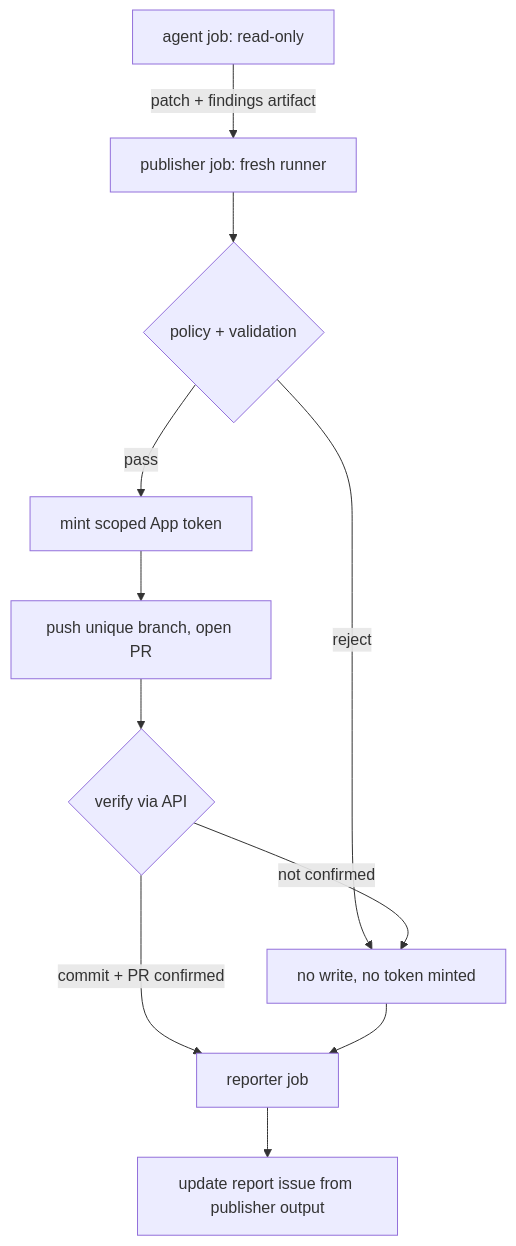
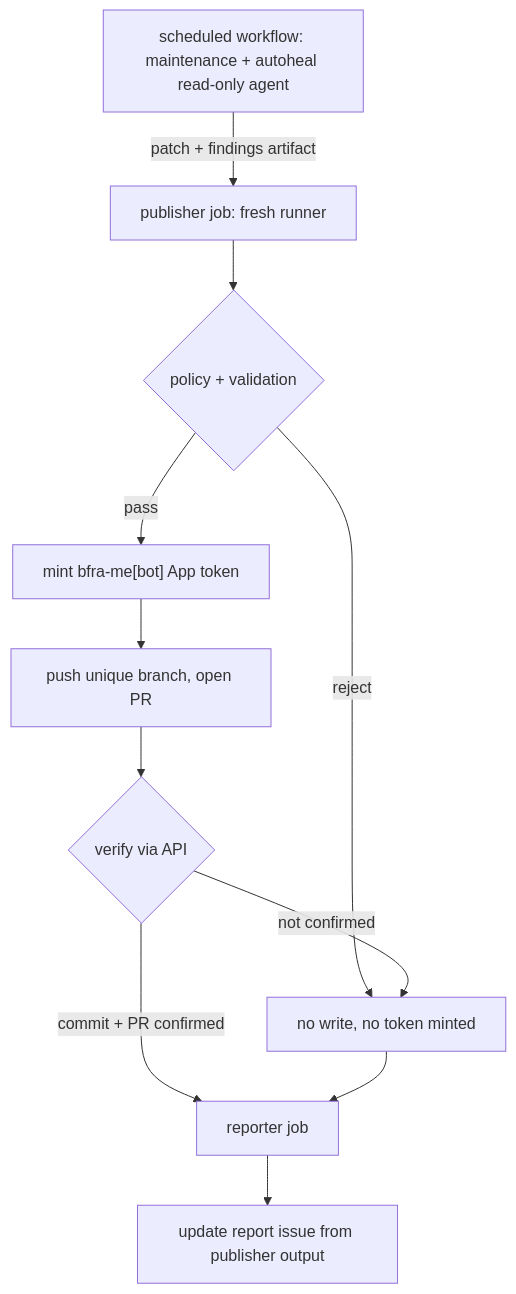
Before and after one commit to bfra-me/works: the diagram in docs/plans/2026-08-24-001-feat-autoheal-delivery-pipeline-plan.md, drawn with Mermaid. The commit also changed other lines of this file, not shown here.

First line of the commit message:
docs(plans): revise autoheal delivery pipeline for single scheduled run

````diff
--- a/docs/plans/2026-08-24-001-feat-autoheal-delivery-pipeline-plan.md
+++ b/docs/plans/2026-08-24-001-feat-autoheal-delivery-pipeline-plan.md
@@ -136,13 +160,13 @@
 ```mermaid
 flowchart TD
-    A[agent job: read-only] -->|patch + findings artifact| B[publisher job: fresh runner]
+    A[scheduled workflow: maintenance + autoheal read-only agent] -->|patch + findings artifact| B[publisher job: fresh runner]
     B --> C{policy + validation}
     C -->|reject| D[no write, no token minted]
-    C -->|pass| E[mint scoped App token]
+    C -->|pass| E["mint bfra-me[bot] App token"]
     E --> F[push unique branch, open PR]
     F --> G{verify via API}
     G -->|commit + PR confirmed| H[reporter job]
     G -->|not confirmed| D
     D --> H
     H --> I[update report issue from publisher output]
 ```
````
